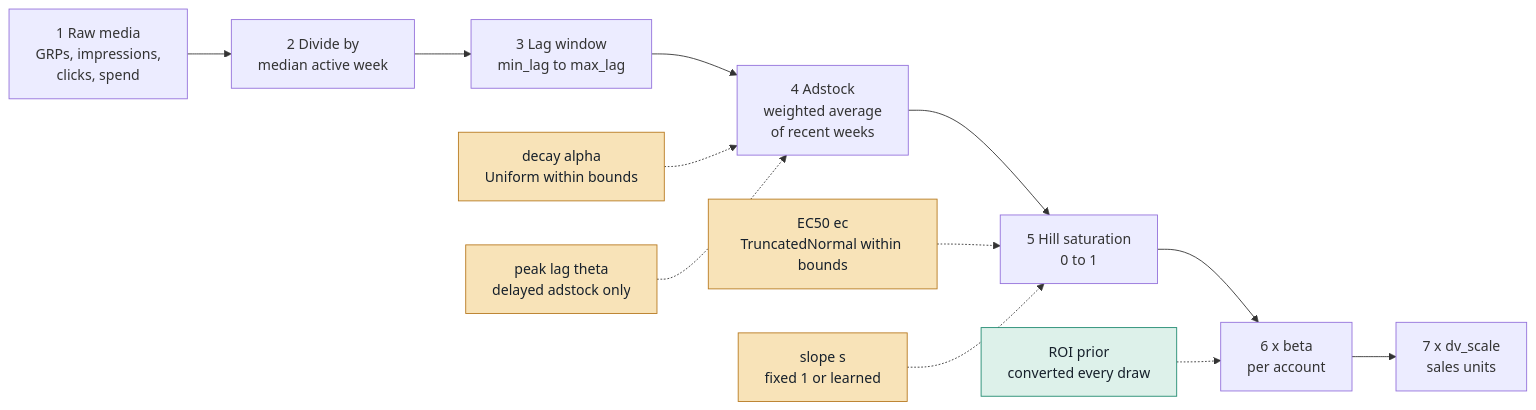
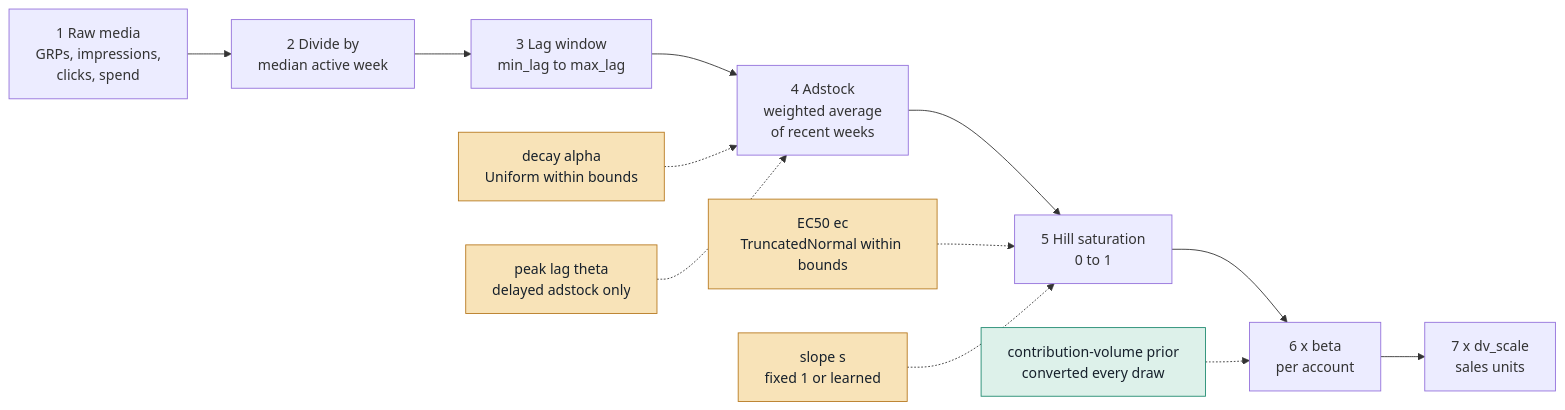
Before and after one commit to Ikshvaku24/mmm: the fifth of 8 diagrams in codebase2_full_mmm/docs/PHASE2_ARCHITECTURE.md, drawn with Mermaid. The commit also changed other lines of this file and 3 other files, not shown here.

````diff
--- a/codebase2_full_mmm/docs/PHASE2_ARCHITECTURE.md
+++ b/codebase2_full_mmm/docs/PHASE2_ARCHITECTURE.md
@@ -565,18 +626,18 @@
 ```mermaid
 flowchart LR
     RAW["1 Raw media<br/>GRPs, impressions,<br/>clicks, spend"] --> SCALE["2 Divide by<br/>median active week"]
     SCALE --> WIN["3 Lag window<br/>min_lag to max_lag"]
     WIN --> ADS["4 Adstock<br/>weighted average<br/>of recent weeks"]
     ADS --> SAT["5 Hill saturation<br/>0 to 1"]
     SAT --> COEF["6 x beta<br/>per account"]
     COEF --> CON["7 x dv_scale<br/>sales units"]
     PA["decay alpha<br/>Uniform within bounds"] -.-> ADS
     PT["peak lag theta<br/>delayed adstock only"] -.-> ADS
     PE["EC50 ec<br/>TruncatedNormal within bounds"] -.-> SAT
     PS["slope s<br/>fixed 1 or learned"] -.-> SAT
-    PR["ROI prior<br/>converted every draw"] -.-> COEF
+    PR["contribution-volume prior<br/>converted every draw"] -.-> COEF
     classDef learned fill:#F8E3B8,stroke:#B7791F,color:#16202B
     classDef prior fill:#DDF1EA,stroke:#1F8A70,color:#16202B
     class PA,PT,PE,PS learned
     class PR prior
 ```
````
